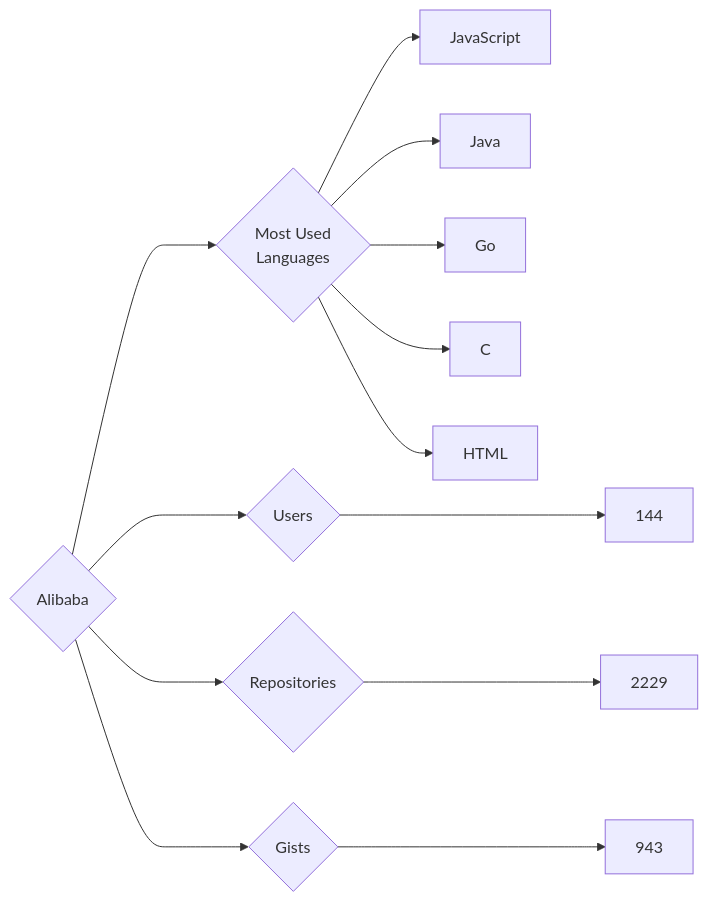
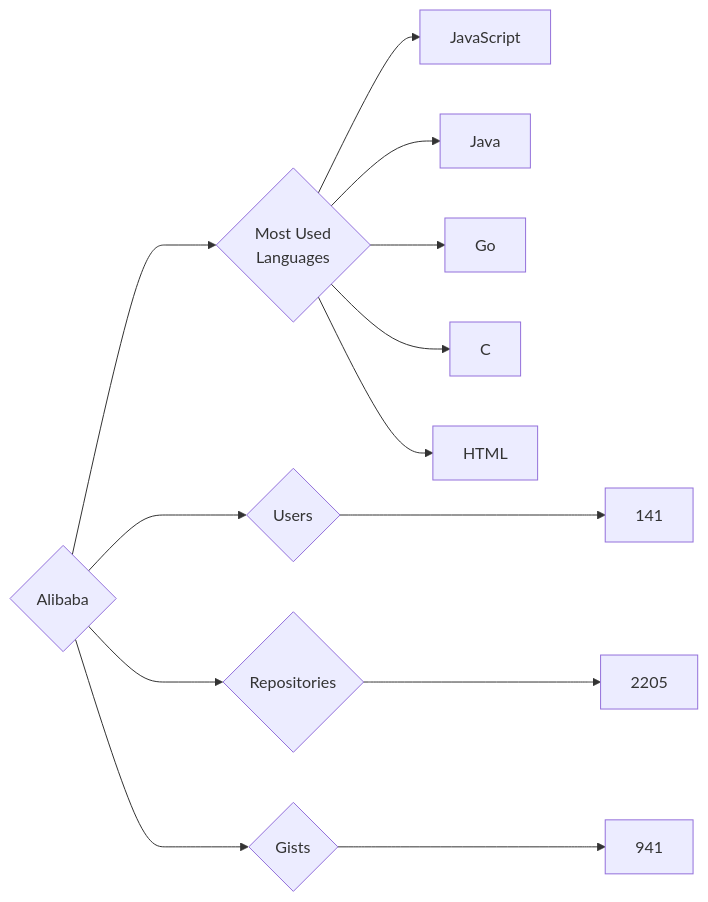
One commit to trickest/insiders changed the diagram in targets/Alibaba/README.md. Above: the diagram before and after it, drawn with Mermaid. The commit also changed 1020 other files, not shown here.

````diff
--- a/targets/Alibaba/README.md
+++ b/targets/Alibaba/README.md
@@ -3,13 +3,13 @@
 ```mermaid
 graph LR
 COMPANY_NAME{Alibaba}
-COMPANY_NAME ---> U{Users} ---> UN[144]
-COMPANY_NAME ---> R{Repositories} ---> RN[2229]
-COMPANY_NAME ---> G{Gists} ---> GN[943]
+COMPANY_NAME ---> U{Users} ---> UN[141]
+COMPANY_NAME ---> R{Repositories} ---> RN[2205]
+COMPANY_NAME ---> G{Gists} ---> GN[941]
 COMPANY_NAME ---> ML{Most Used<br>Languages}
 ML --> JavaScript[JavaScript]
 ML --> Java[Java]
 ML --> Go[Go]
 ML --> C[C]
 ML --> HTML[HTML]
 ```
````
